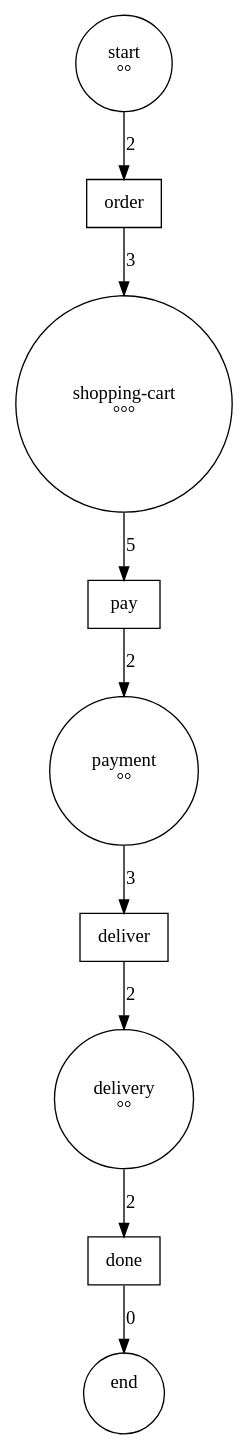
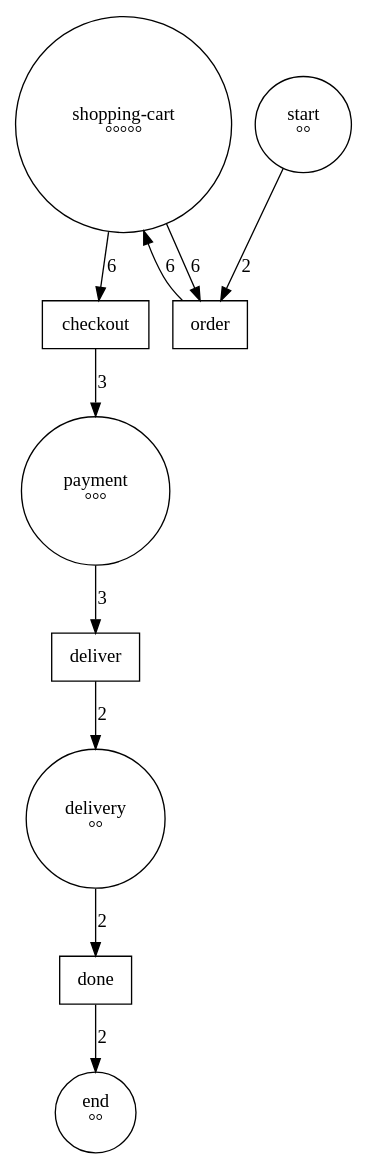
One commit to iandebeer/gleibnif changed the diagram in purchase.dot. Above: the diagram before and after it, drawn with Graphviz. The commit also changed 14 other files, not shown here.

```diff
--- a/purchase.dot
+++ b/purchase.dot
@@ -1,20 +1,21 @@
 digraph G {
-0 [label="payment\n°°\n" shape=circle]
-1 [label="end\n\n" shape=circle]
+0 [label="payment\n°°°\n" shape=circle]
+1 [label="end\n°°\n" shape=circle]
 2 [label="order" shape=box]
-3 [label="pay" shape=box]
-4 [label="shopping-cart\n°°°\n" shape=circle]
-5 [label="done" shape=box]
-6 [label="delivery\n°°\n" shape=circle]
+3 [label="shopping-cart\n°°°°°\n" shape=circle]
+4 [label="done" shape=box]
+5 [label="delivery\n°°\n" shape=circle]
+6 [label="checkout" shape=box]
 7 [label="start\n°°\n" shape=circle]
 8 [label="deliver" shape=box]
 
 0 -> 8 [label="3" ] 
-2 -> 4 [label="3" ] 
-3 -> 0 [label="2" ] 
-4 -> 3 [label="5" ] 
-5 -> 1 [label="0" ] 
-6 -> 5 [label="2" ] 
+2 -> 3 [label="6" ] 
+3 -> 6 [label="6" ] 
+3 -> 2 [label="6" ] 
+4 -> 1 [label="2" ] 
+5 -> 4 [label="2" ] 
+6 -> 0 [label="3" ] 
 7 -> 2 [label="2" ] 
-8 -> 6 [label="2" ] 
+8 -> 5 [label="2" ] 
 }
```
